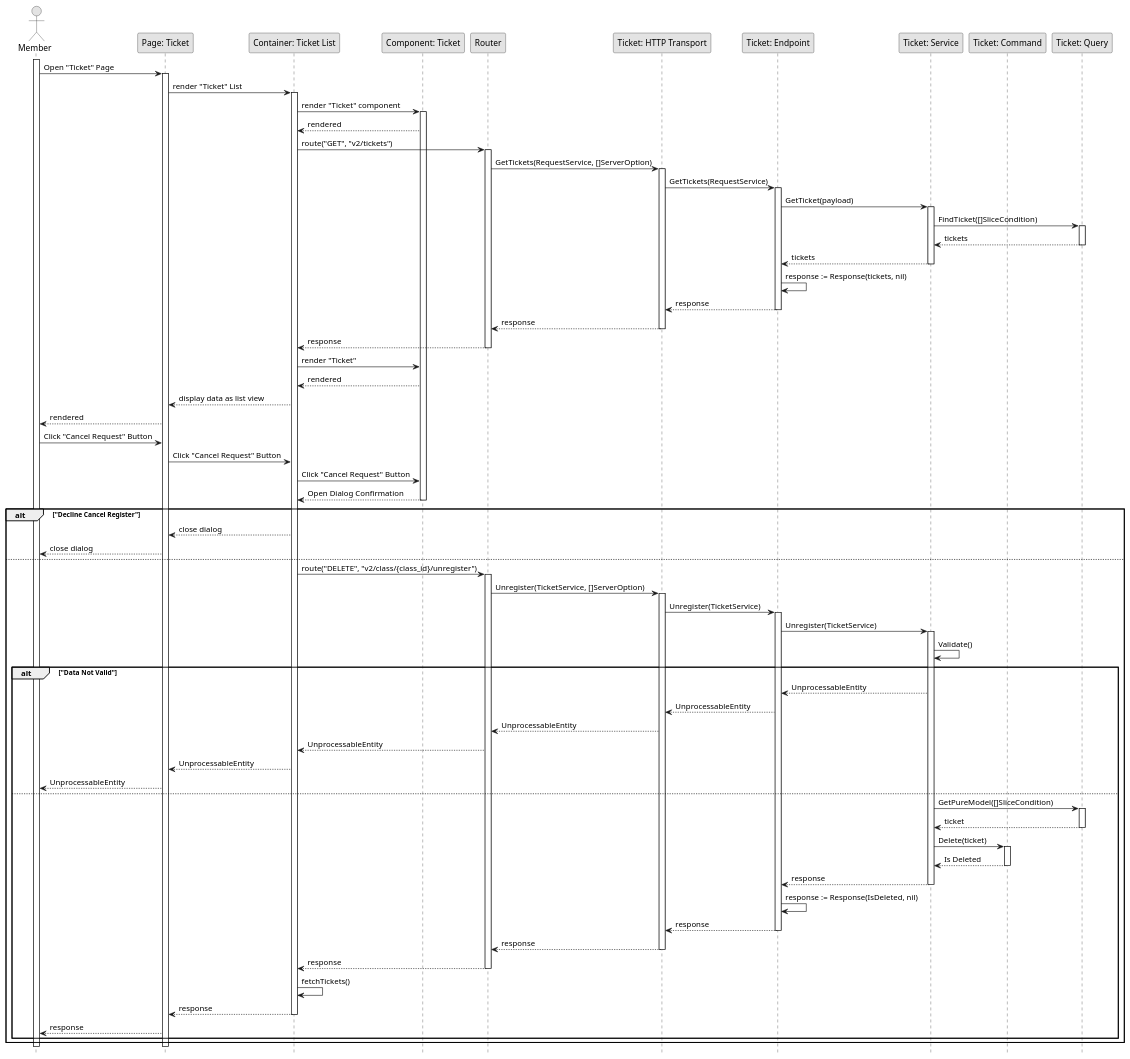
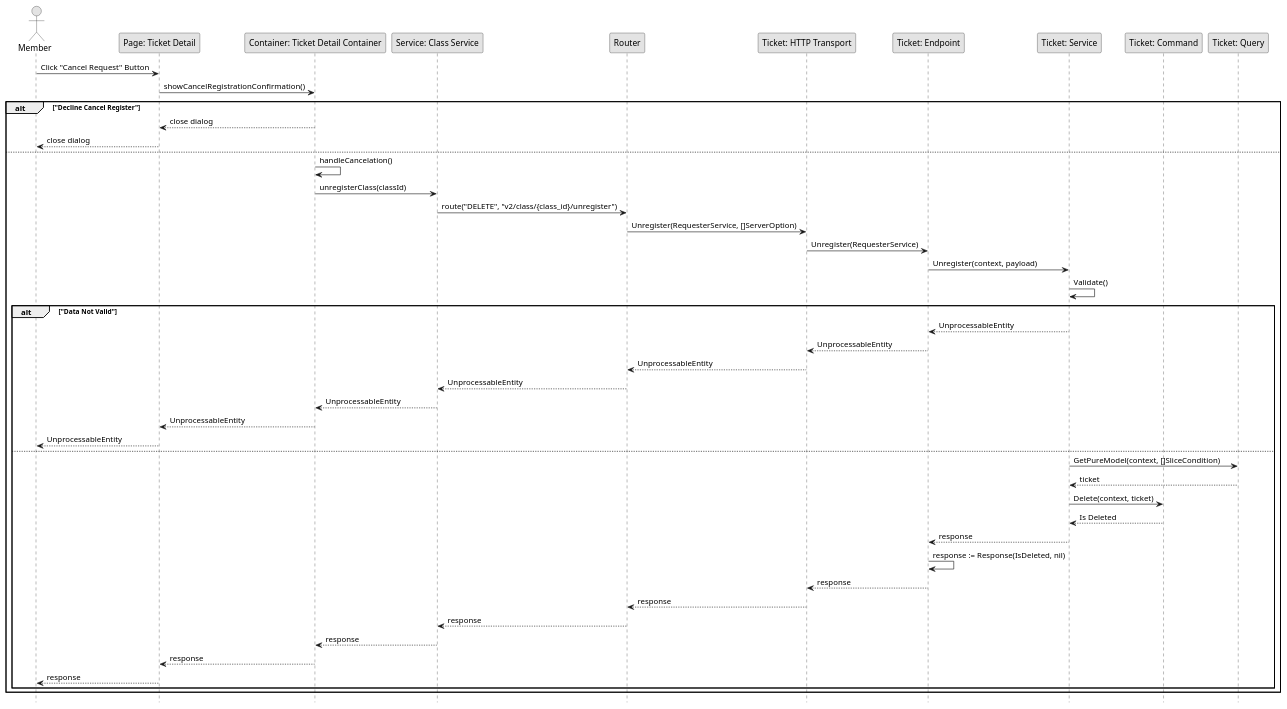
The diagram in Sequence/Release03/CancelRequestClass.wsd (fwidjaya20/fazzlearning-uml), drawn with PlantUML before and after one commit. The commit also changed 34 other files, not shown here.

Commit message:
fix(diagram): fix invalid sequence, activity, and usecase

```diff
--- a/Sequence/Release03/CancelRequestClass.wsd
+++ b/Sequence/Release03/CancelRequestClass.wsd
@@ -1,111 +1,57 @@
 @startuml CancelRequestClass
 
 skinparam Monochrome true
 skinparam Shadowing false
 hide footbox
 
 actor Member
-participant "Page: Ticket" as TicketPage
-participant "Container: Ticket List" as TicketListContainer
-participant "Component: Ticket" as Ticket
+participant "Page: Ticket Detail" as TicketPage
+participant "Container: Ticket Detail Container" as TicketDetailContainer
+participant "Service: Class Service" as FEClassService
 participant "Router" as Router
 participant "Ticket: HTTP Transport" as TicketHTTPTransport
 participant "Ticket: Endpoint" as TicketEndpoint
 participant "Ticket: Service" as TicketService
 participant "Ticket: Command" as TicketCommand
 participant "Ticket: Query" as TicketQuery
 
-activate Member
-
-Member->TicketPage: Open "Ticket" Page
-activate TicketPage
-TicketPage->TicketListContainer: render "Ticket" List
-activate TicketListContainer
-TicketListContainer->Ticket: render "Ticket" component
-activate Ticket
-Ticket-->TicketListContainer: rendered
-TicketListContainer->Router: route("GET", "v2/tickets")
-activate Router
-Router->TicketHTTPTransport: GetTickets(RequestService, []ServerOption)
-activate TicketHTTPTransport
-TicketHTTPTransport->TicketEndpoint: GetTickets(RequestService)
-activate TicketEndpoint
-TicketEndpoint->TicketService: GetTicket(payload)
-activate TicketService
-TicketService->TicketQuery: FindTicket([]SliceCondition)
-activate TicketQuery
-TicketQuery-->TicketService: tickets
-deactivate TicketQuery
-TicketService-->TicketEndpoint: tickets
-deactivate TicketService
-TicketEndpoint->TicketEndpoint: response := Response(tickets, nil)
-TicketEndpoint-->TicketHTTPTransport: response
-deactivate TicketEndpoint
-TicketHTTPTransport-->Router: response
-deactivate TicketHTTPTransport
-Router-->TicketListContainer: response
-deactivate Router
-TicketListContainer->Ticket: render "Ticket"
-Ticket-->TicketListContainer: rendered
-TicketListContainer-->TicketPage: display data as list view
-TicketPage-->Member: rendered
-
 Member->TicketPage: Click "Cancel Request" Button
-TicketPage->TicketListContainer: Click "Cancel Request" Button
-TicketListContainer->Ticket: Click "Cancel Request" Button
-Ticket-->TicketListContainer: Open Dialog Confirmation
-deactivate Ticket
-
+TicketPage->TicketDetailContainer: showCancelRegistrationConfirmation()
 
 alt "Decline Cancel Register"
-    TicketListContainer-->TicketPage: close dialog
+    TicketDetailContainer-->TicketPage: close dialog
     TicketPage-->Member: close dialog
 else
-    TicketListContainer->Router: route("DELETE", "v2/class/{class_id}/unregister")
-    activate Router
-    Router->TicketHTTPTransport: Unregister(TicketService, []ServerOption)
-    activate TicketHTTPTransport
-    TicketHTTPTransport->TicketEndpoint: Unregister(TicketService)
-    activate TicketEndpoint
-    TicketEndpoint->TicketService: Unregister(TicketService)
-    activate TicketService
+    TicketDetailContainer->TicketDetailContainer: handleCancelation()
+    TicketDetailContainer->FEClassService: unregisterClass(classId)
+    FEClassService->Router: route("DELETE", "v2/class/{class_id}/unregister")
+    Router->TicketHTTPTransport: Unregister(RequesterService, []ServerOption)
+    TicketHTTPTransport->TicketEndpoint: Unregister(RequesterService)
+    TicketEndpoint->TicketService: Unregister(context, payload)
     TicketService->TicketService: Validate()
     
     alt "Data Not Valid"
         TicketService-->TicketEndpoint: UnprocessableEntity
         TicketEndpoint-->TicketHTTPTransport: UnprocessableEntity
         TicketHTTPTransport-->Router: UnprocessableEntity
-        Router-->TicketListContainer: UnprocessableEntity
-        TicketListContainer-->TicketPage: UnprocessableEntity
+        Router-->FEClassService: UnprocessableEntity
+        FEClassService-->TicketDetailContainer: UnprocessableEntity
+        TicketDetailContainer-->TicketPage: UnprocessableEntity
         TicketPage-->Member: UnprocessableEntity
     else
-        TicketService->TicketQuery: GetPureModel([]SliceCondition)
-        activate TicketQuery
+        TicketService->TicketQuery: GetPureModel(context, []SliceCondition)
         TicketQuery-->TicketService: ticket
-        deactivate TicketQuery
-        TicketService->TicketCommand: Delete(ticket)
-        activate TicketCommand
+        TicketService->TicketCommand: Delete(context, ticket)
         TicketCommand-->TicketService: Is Deleted
-        deactivate TicketCommand
         TicketService-->TicketEndpoint: response
-        deactivate TicketService
         TicketEndpoint->TicketEndpoint: response := Response(IsDeleted, nil)
         TicketEndpoint-->TicketHTTPTransport: response
-        deactivate TicketEndpoint
         TicketHTTPTransport-->Router: response
-        deactivate TicketHTTPTransport
-        Router-->TicketListContainer: response
-        deactivate Router
-        TicketListContainer->TicketListContainer: fetchTickets()
-        TicketListContainer-->TicketPage: response
-        deactivate TicketListContainer
-
+        Router-->FEClassService: response
+        FEClassService-->TicketDetailContainer: response
+        TicketDetailContainer-->TicketPage: response
         TicketPage-->Member: response
     end
 end
 
-deactivate TicketPage
-
-deactivate Member
-
 @enduml
```
